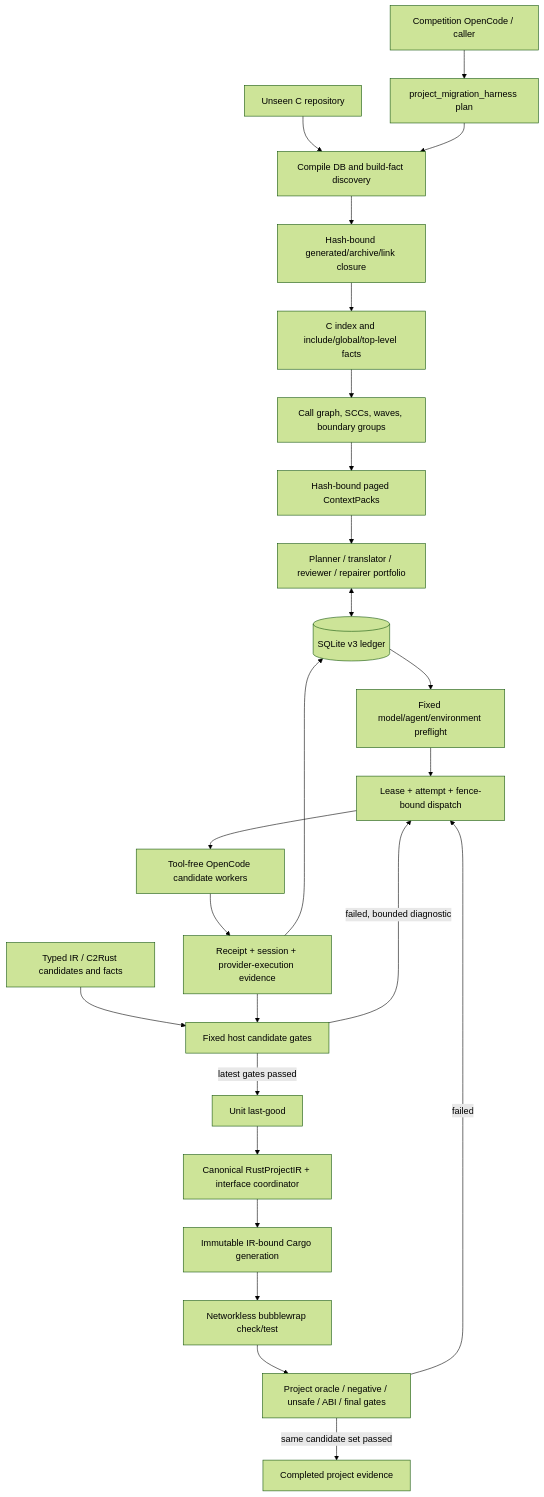
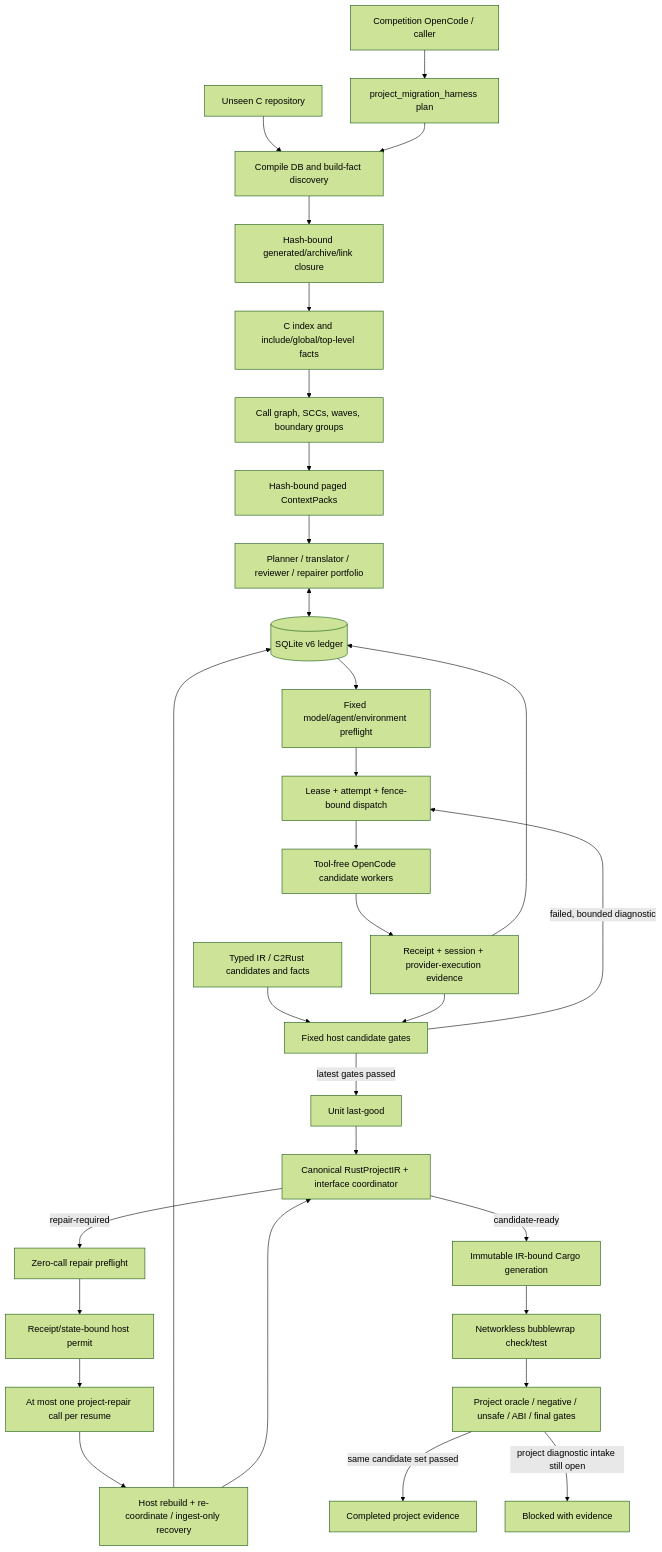
Before and after one commit to guoqihan342-svg/c-to-rust: the first of 5 diagrams in README.md, drawn with Mermaid (forest theme). The commit also changed other lines of this file and 36 other files, not shown here.

Commit message:
feat(harness): bound project repair execution

````diff
--- a/README.md
+++ b/README.md
@@ -102,27 +111,33 @@
 ```mermaid
 flowchart TB
     OUTER["Competition OpenCode / caller"] --> PLAN["project_migration_harness plan"]
     REPO["Unseen C repository"] --> DISCOVERY["Compile DB and build-fact discovery"]
     PLAN --> DISCOVERY
     DISCOVERY --> CLOSURE["Hash-bound generated/archive/link closure"]
     CLOSURE --> INDEX["C index and include/global/top-level facts"]
     INDEX --> DAG["Call graph, SCCs, waves, boundary groups"]
     DAG --> CONTEXT["Hash-bound paged ContextPacks"]
     CONTEXT --> PORTFOLIO["Planner / translator / reviewer / repairer portfolio"]
-    PORTFOLIO <--> LEDGER[("SQLite v3 ledger")]
+    PORTFOLIO <--> LEDGER[("SQLite v6 ledger")]
     LEDGER --> PREFLIGHT["Fixed model/agent/environment preflight"]
     PREFLIGHT --> DISPATCH["Lease + attempt + fence-bound dispatch"]
     DISPATCH --> AI["Tool-free OpenCode candidate workers"]
     AI --> PROVIDER["Receipt + session + provider-execution evidence"]
     PROVIDER --> LEDGER
     TIR["Typed IR / C2Rust candidates and facts"] --> VERIFY
     PROVIDER --> VERIFY["Fixed host candidate gates"]
     VERIFY -->|"failed, bounded diagnostic"| DISPATCH
     VERIFY -->|"latest gates passed"| LASTGOOD["Unit last-good"]
     LASTGOOD --> RUSTIR["Canonical RustProjectIR + interface coordinator"]
-    RUSTIR --> CARGO["Immutable IR-bound Cargo generation"]
+    RUSTIR -->|"repair-required"| RPRE["Zero-call repair preflight"]
+    RPRE --> PERMIT["Receipt/state-bound host permit"]
+    PERMIT --> RAI["At most one project-repair call per resume"]
+    RAI --> RINGEST["Host rebuild + re-coordinate / ingest-only recovery"]
+    RINGEST --> LEDGER
+    RINGEST --> RUSTIR
+    RUSTIR -->|"candidate-ready"| CARGO["Immutable IR-bound Cargo generation"]
     CARGO --> SANDBOX["Networkless bubblewrap check/test"]
     SANDBOX --> PROJECT["Project oracle / negative / unsafe / ABI / final gates"]
     PROJECT -->|"same candidate set passed"| COMPLETE["Completed project evidence"]
-    PROJECT -->|"failed"| DISPATCH
+    PROJECT -->|"project diagnostic intake still open"| BLOCKED["Blocked with evidence"]
 ```
````
